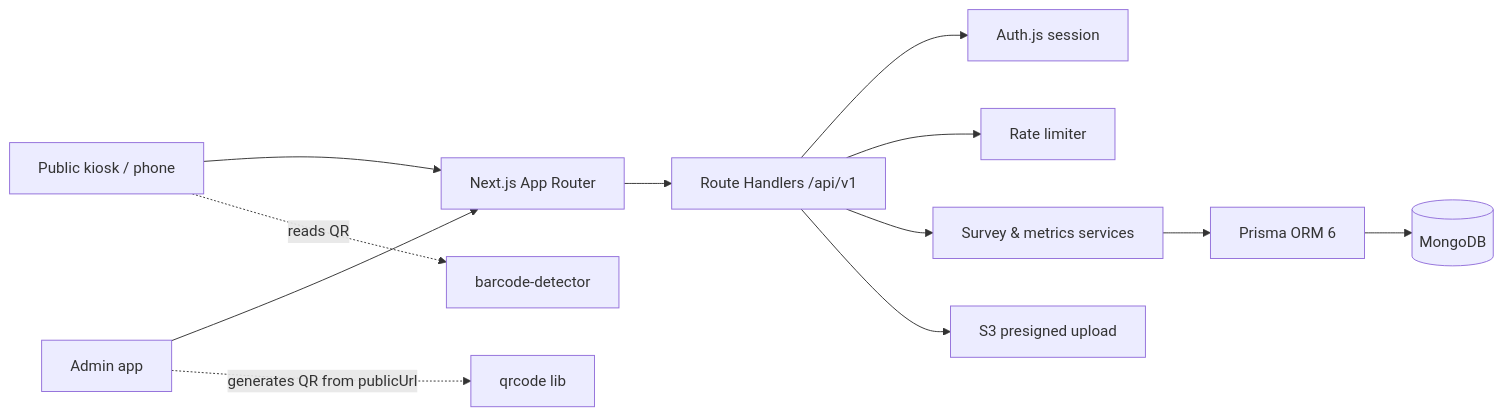
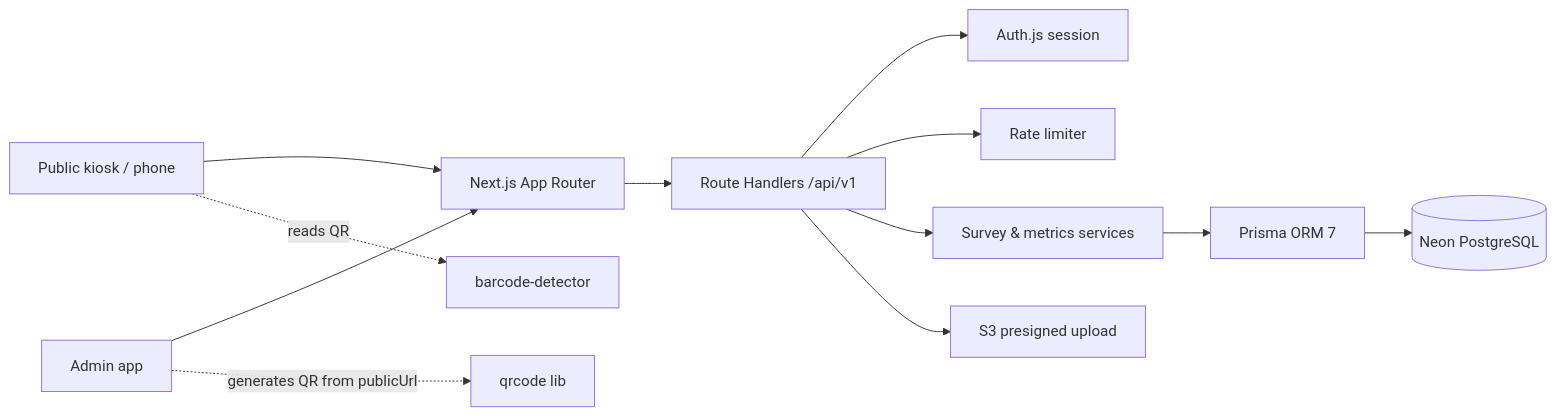
Before and after one commit to isaacrdz/pandametrics: the first of 2 diagrams in context/project-overview.md, drawn with Mermaid. The commit also changed other lines of this file, not shown here.

First line of the commit message:
docs: switch the overview to Neon PostgreSQL and Prisma ORM 7

````diff
--- a/context/project-overview.md
+++ b/context/project-overview.md
@@ -107,14 +107,14 @@
 ```mermaid
 flowchart LR
   Kiosk[Public kiosk / phone] --> App[Next.js App Router]
   Admin[Admin app] --> App
   App --> RH[Route Handlers /api/v1]
   RH --> Auth[Auth.js session]
   RH --> RL[Rate limiter]
   RH --> Svc[Survey & metrics services]
-  Svc --> ORM[Prisma ORM 6]
-  ORM --> DB[(MongoDB)]
+  Svc --> ORM[Prisma ORM 7]
+  ORM --> DB[(Neon PostgreSQL)]
   RH --> S3[S3 presigned upload]
   Admin -. generates QR from publicUrl .-> QR[qrcode lib]
   Kiosk -. reads QR .-> BD[barcode-detector]
 ```
````
